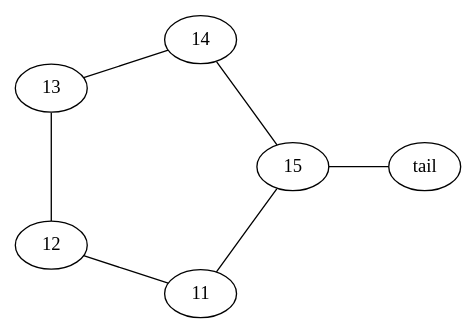
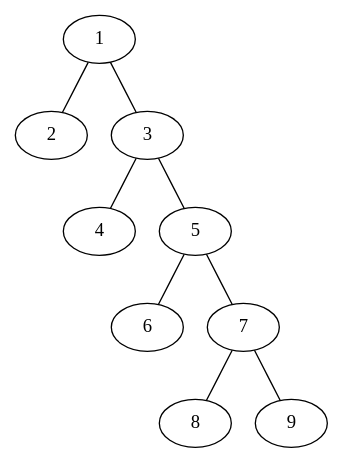
One commit to WalterErazo/proyecto-avanzada-2 changed the diagram in TempGraficas.dot. Above: the diagram before and after it, drawn with Graphviz. The commit also changed 10 other files, not shown here.

```diff
--- a/TempGraficas.dot
+++ b/TempGraficas.dot
@@ -1,1 +1,1 @@
-graph{ layout=circo; 11 -- 12; 12 -- 13; 13 -- 14; 14 -- 15; 15--11tail--15}
+graph {1 -- 2; 1 -- 3; 3 -- 4; 3 -- 5; 5 -- 6; 5 -- 7; 7 -- 8; 7 -- 9; }
```
